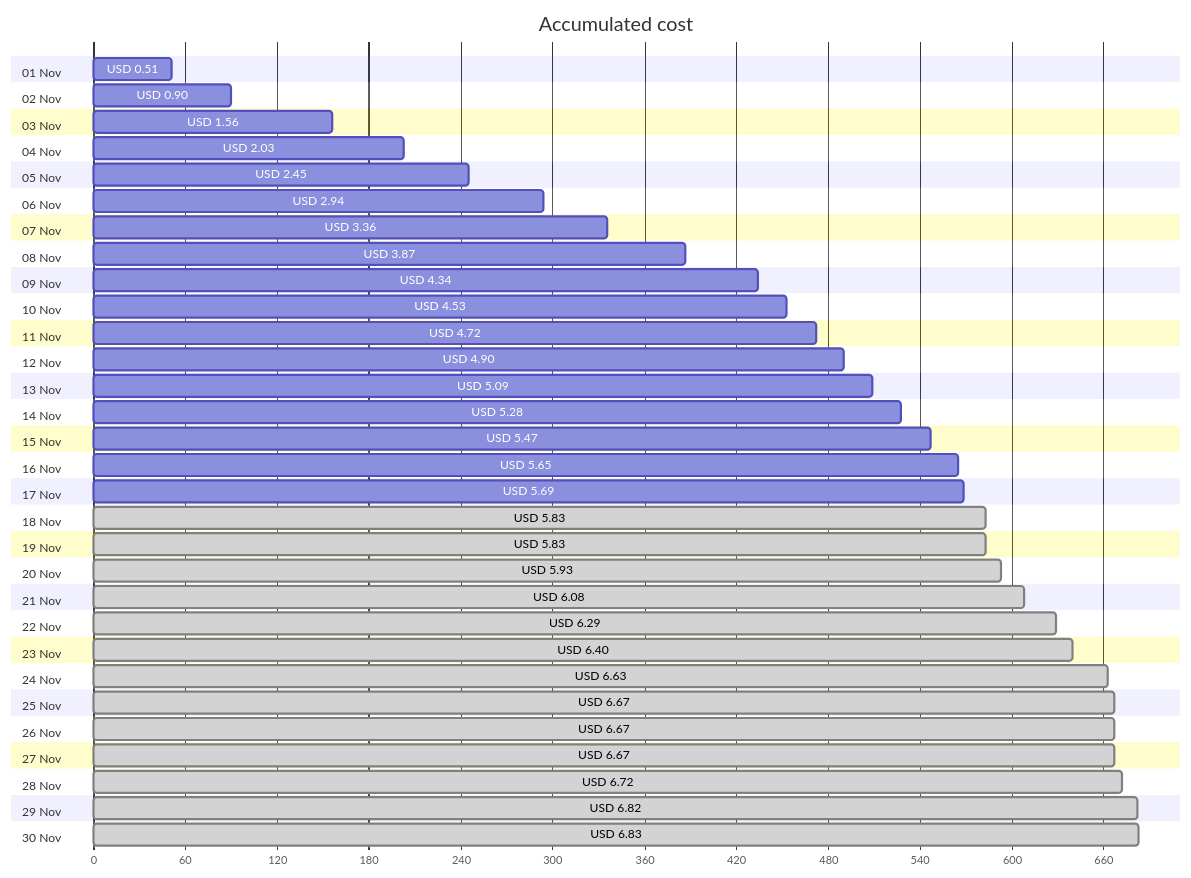
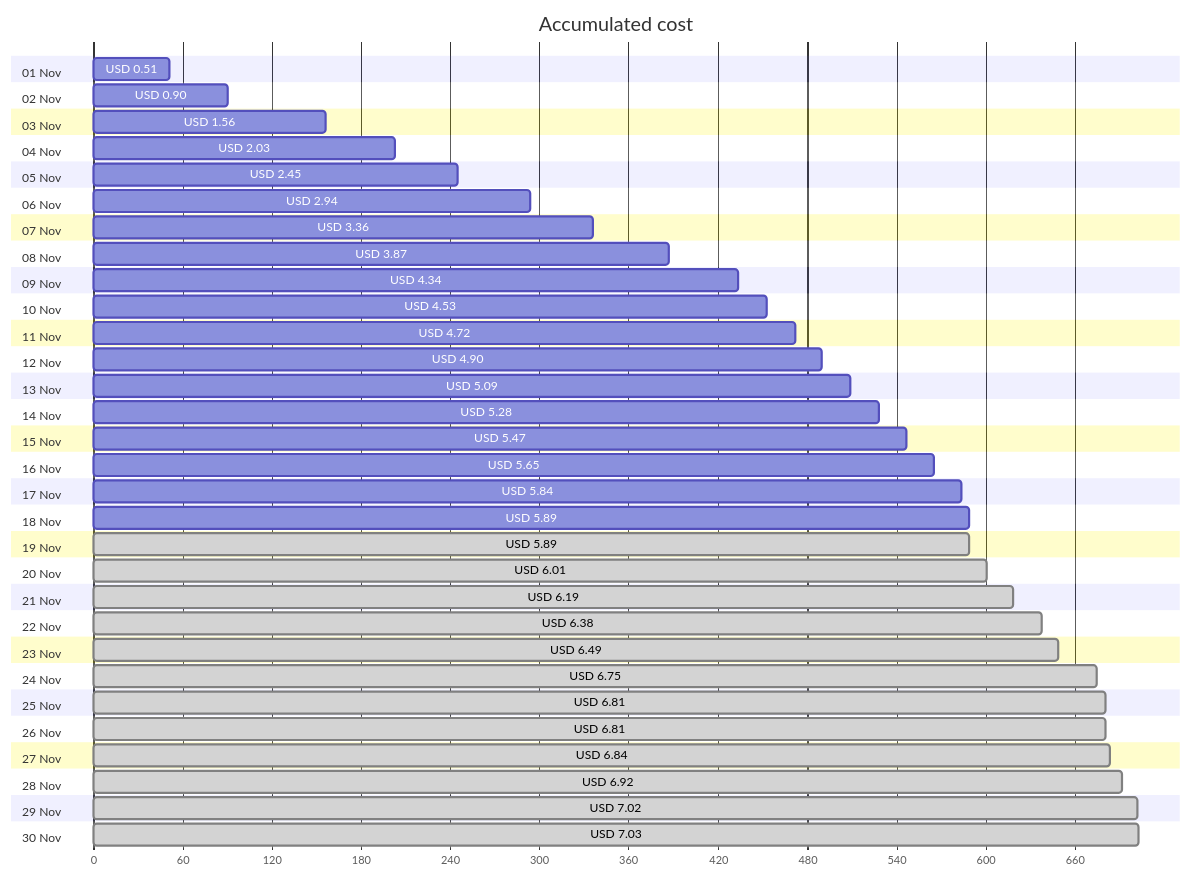
The first of 4 diagrams in cost-reports/personal-network/vpn-server.md (jpfulton/azure-personal-reports), drawn with Mermaid before and after one commit. The commit also changed other lines of this file and 8 other files, not shown here.

````diff
--- a/cost-reports/personal-network/vpn-server.md
+++ b/cost-reports/personal-network/vpn-server.md
@@ -20,66 +20,66 @@
 ```mermaid
 gantt
    title Accumulated cost
    dateFormat  X
    axisFormat %s
    section 01 Nov
    USD 0.51 :0, 51
    section 02 Nov
    USD 0.90 :0, 90
    section 03 Nov
    USD 1.56 :0, 156
    section 04 Nov
    USD 2.03 :0, 203
    section 05 Nov
    USD 2.45 :0, 245
    section 06 Nov
    USD 2.94 :0, 294
    section 07 Nov
    USD 3.36 :0, 336
    section 08 Nov
    USD 3.87 :0, 387
    section 09 Nov
    USD 4.34 :0, 434
    section 10 Nov
    USD 4.53 :0, 453
    section 11 Nov
    USD 4.72 :0, 472
    section 12 Nov
    USD 4.90 :0, 490
    section 13 Nov
    USD 5.09 :0, 509
    section 14 Nov
    USD 5.28 :0, 528
    section 15 Nov
    USD 5.47 :0, 547
    section 16 Nov
    USD 5.65 :0, 565
    section 17 Nov
-   USD 5.69 :0, 569
+   USD 5.84 :0, 584
    section 18 Nov
-   USD 5.83 : done, 0, 583
+   USD 5.89 :0, 589
    section 19 Nov
-   USD 5.83 : done, 0, 583
+   USD 5.89 : done, 0, 589
    section 20 Nov
-   USD 5.93 : done, 0, 593
+   USD 6.01 : done, 0, 601
    section 21 Nov
-   USD 6.08 : done, 0, 608
+   USD 6.19 : done, 0, 619
    section 22 Nov
-   USD 6.29 : done, 0, 629
+   USD 6.38 : done, 0, 638
    section 23 Nov
-   USD 6.40 : done, 0, 640
+   USD 6.49 : done, 0, 649
    section 24 Nov
-   USD 6.63 : done, 0, 663
+   USD 6.75 : done, 0, 675
    section 25 Nov
-   USD 6.67 : done, 0, 667
+   USD 6.81 : done, 0, 681
    section 26 Nov
-   USD 6.67 : done, 0, 667
+   USD 6.81 : done, 0, 681
    section 27 Nov
-   USD 6.67 : done, 0, 667
+   USD 6.84 : done, 0, 684
    section 28 Nov
-   USD 6.72 : done, 0, 672
+   USD 6.92 : done, 0, 692
    section 29 Nov
-   USD 6.82 : done, 0, 682
+   USD 7.02 : done, 0, 702
    section 30 Nov
-   USD 6.83 : done, 0, 683
+   USD 7.03 : done, 0, 703
 ```
````
